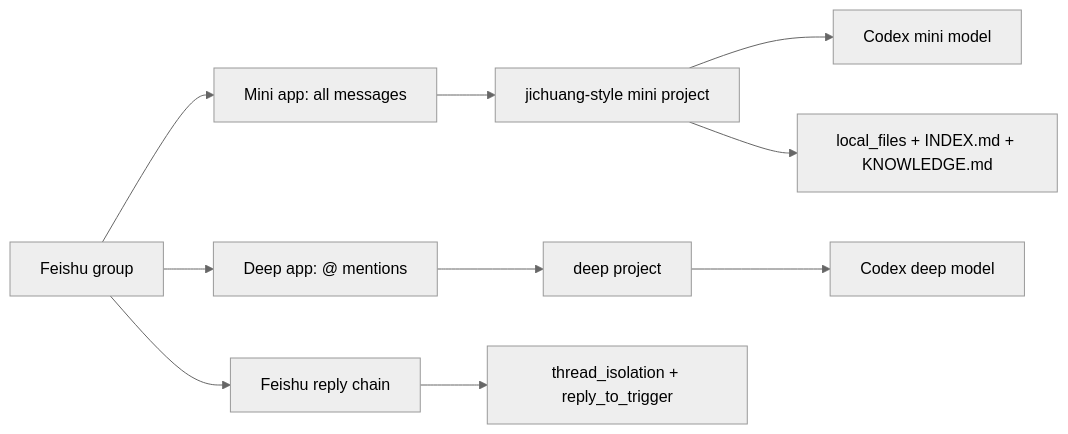
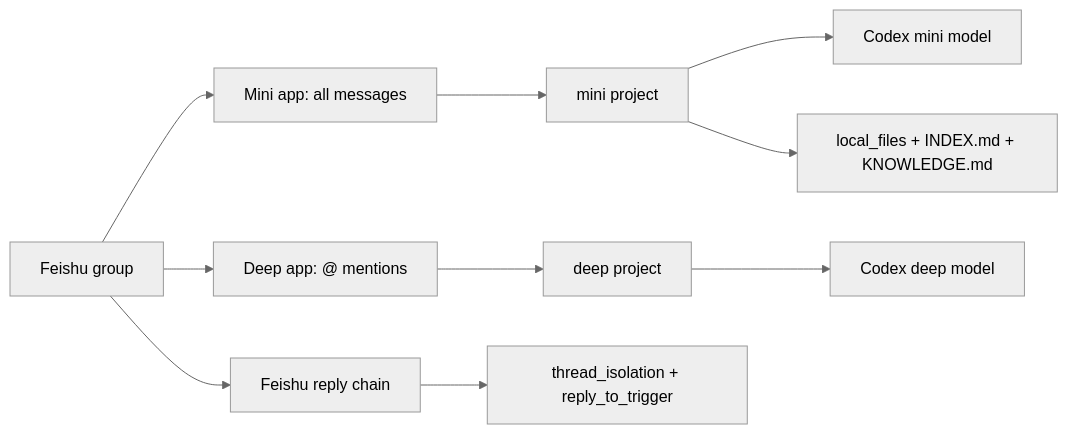
Before and after one commit to GitLaughs/codex-feishu: the diagram in README.md, drawn with Mermaid (neutral theme). The commit also changed other lines of this file and 42 other files, not shown here.

````diff
--- a/README.md
+++ b/README.md
@@ -42,12 +42,12 @@
 ```mermaid
 flowchart LR
     A[Feishu group] --> B[Mini app: all messages]
     A --> C[Deep app: @ mentions]
-    B --> D[jichuang-style mini project]
+    B --> D[mini project]
     C --> E[deep project]
     D --> F[Codex mini model]
     E --> G[Codex deep model]
     D --> H[local_files + INDEX.md + KNOWLEDGE.md]
     A --> I[Feishu reply chain]
     I --> J[thread_isolation + reply_to_trigger]
 ```
````
